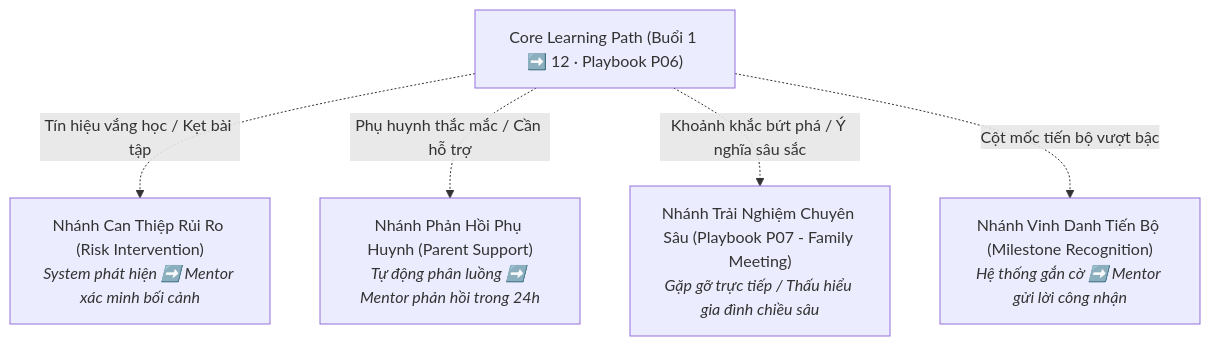
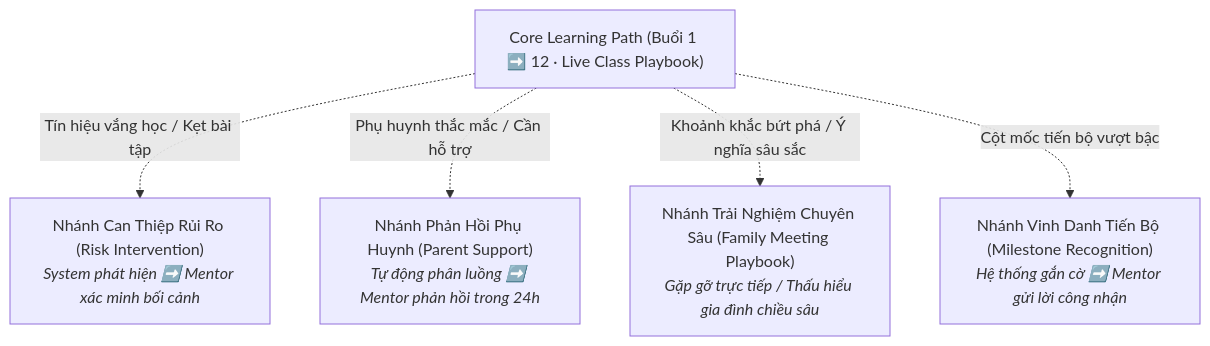
Before and after one commit to hongdang023/Marlins-Care: the diagram in journey/index.md, drawn with Mermaid. The commit also changed other lines of this file and 4 other files, not shown here.

````diff
--- a/journey/index.md
+++ b/journey/index.md
@@ -24,9 +24,9 @@
 ```mermaid
 graph TD
-    Main["Core Learning Path (Buổi 1 ➡️ 12 · Playbook P06)"]
+    Main["Core Learning Path (Buổi 1 ➡️ 12 · Live Class Playbook)"]
     
     Main -.->|Tín hiệu vắng học / Kẹt bài tập| B1["Nhánh Can Thiệp Rủi Ro (Risk Intervention)<br><i>System phát hiện ➡️ Mentor xác minh bối cảnh</i>"]
     Main -.->|Phụ huynh thắc mắc / Cần hỗ trợ| B2["Nhánh Phản Hồi Phụ Huynh (Parent Support)<br><i>Tự động phân luồng ➡️ Mentor phản hồi trong 24h</i>"]
-    Main -.->|Khoảnh khắc bứt phá / Ý nghĩa sâu sắc| B3["Nhánh Trải Nghiệm Chuyên Sâu (Playbook P07 - Family Meeting)<br><i>Gặp gỡ trực tiếp / Thấu hiểu gia đình chiều sâu</i>"]
+    Main -.->|Khoảnh khắc bứt phá / Ý nghĩa sâu sắc| B3["Nhánh Trải Nghiệm Chuyên Sâu (Family Meeting Playbook)<br><i>Gặp gỡ trực tiếp / Thấu hiểu gia đình chiều sâu</i>"]
     Main -.->|Cột mốc tiến bộ vượt bậc| B4["Nhánh Vinh Danh Tiến Bộ (Milestone Recognition)<br><i>Hệ thống gắn cờ ➡️ Mentor gửi lời công nhận</i>"]
 ```
````
